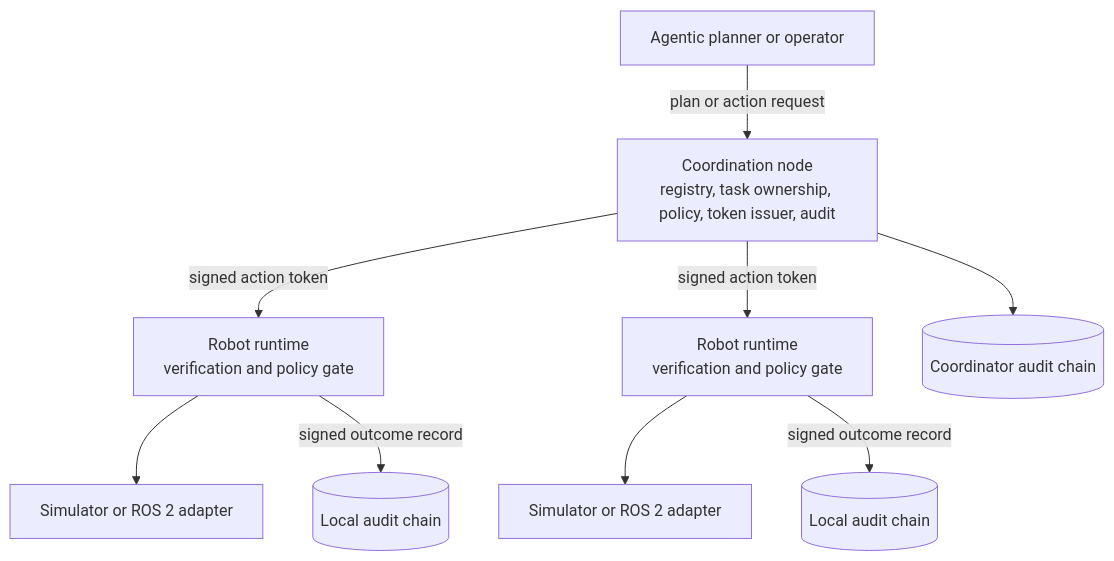
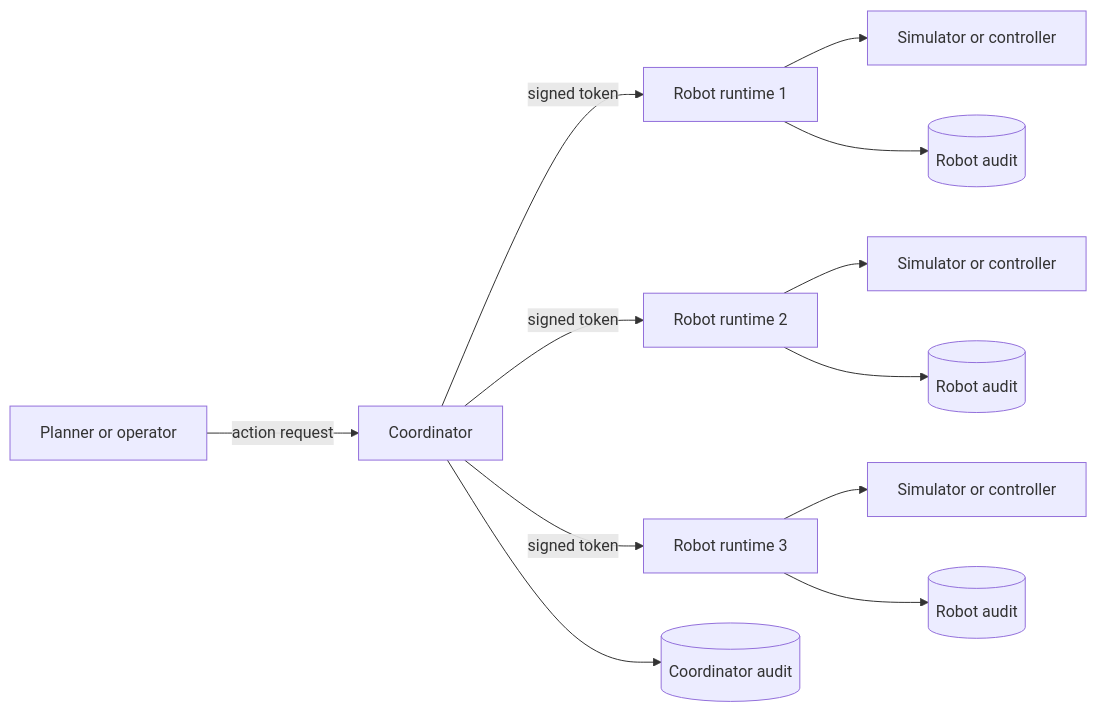
Before and after one commit to exocognosis/SPACL: the diagram in README.md, drawn with Mermaid. The commit also changed other lines of this file and 1 other file, not shown here.

Commit message:
Simplify README reader flow

````diff
--- a/README.md
+++ b/README.md
@@ -110,12 +60,14 @@
 ```mermaid
-flowchart TB
-    P[Agentic planner or operator] -->|plan or action request| C
-    C[Coordination node<br/>registry, task ownership, policy, token issuer, audit]
-    C -->|signed action token| R1
-    C -->|signed action token| R2
-    R1[Robot runtime<br/>verification and policy gate] --> A1[Simulator or ROS 2 adapter]
-    R2[Robot runtime<br/>verification and policy gate] --> A2[Simulator or ROS 2 adapter]
-    R1 -->|signed outcome record| L1[(Local audit chain)]
-    R2 -->|signed outcome record| L2[(Local audit chain)]
-    C --> L0[(Coordinator audit chain)]
+flowchart LR
+    P[Planner or operator] -->|action request| C[Coordinator]
+    C -->|signed token| R1[Robot runtime 1]
+    C -->|signed token| R2[Robot runtime 2]
+    C -->|signed token| R3[Robot runtime 3]
+    R1 --> G1[Simulator or controller]
+    R2 --> G2[Simulator or controller]
+    R3 --> G3[Simulator or controller]
+    C --> A0[(Coordinator audit)]
+    R1 --> A1[(Robot audit)]
+    R2 --> A2[(Robot audit)]
+    R3 --> A3[(Robot audit)]
 ```
````
